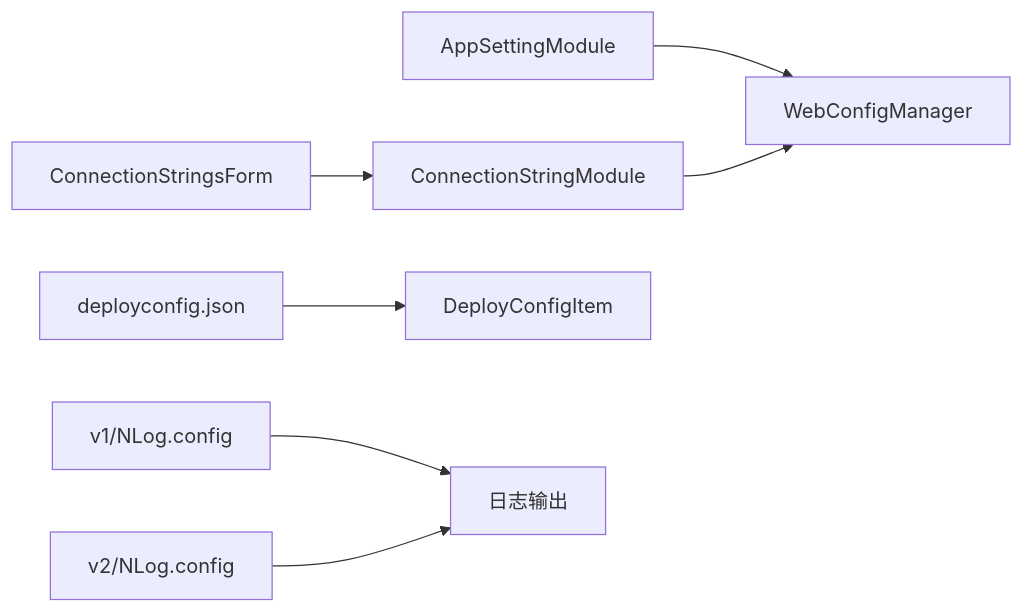
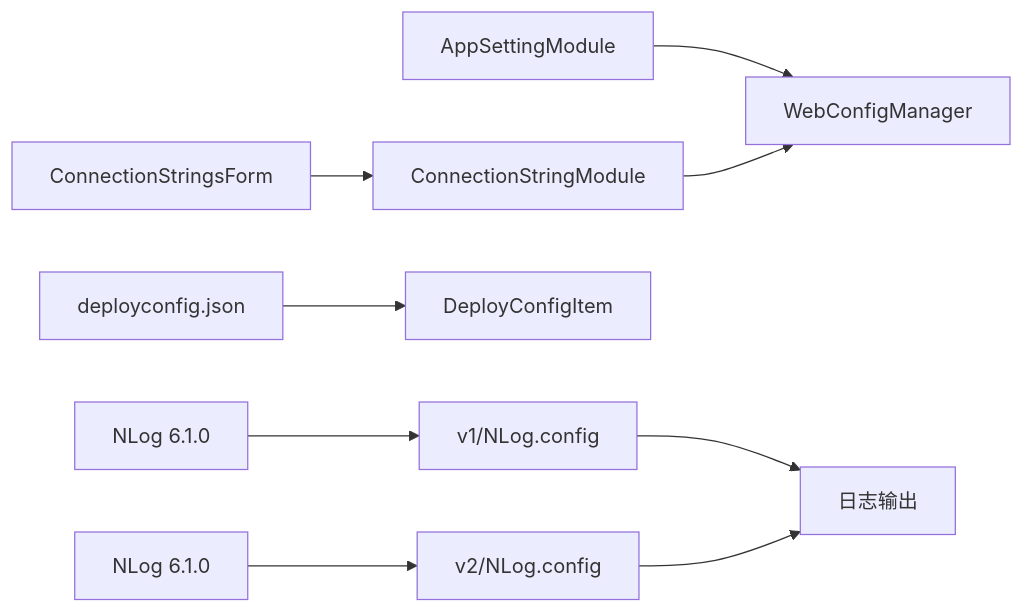
The fifth of 5 diagrams in .qoder/repowiki/zh/content/配置管理.md (db300/IISMonitor), drawn with Mermaid before and after one commit. The commit also changed other lines of this file and 5 other files, not shown here.

````diff
--- a/.qoder/repowiki/zh/content/配置管理.md
+++ b/.qoder/repowiki/zh/content/配置管理.md
@@ -281,9 +304,11 @@
 ```mermaid
 graph LR
 DAppSet["AppSettingModule"] --> WCM["WebConfigManager"]
 DConn["ConnectionStringModule"] --> WCM
 DConnDlg["ConnectionStringsForm"] --> DConn
 DJson["deployconfig.json"] --> DItem["DeployConfigItem"]
 V1NLog["v1/NLog.config"] --> Logs["日志输出"]
 V2NLog["v2/NLog.config"] --> Logs
+V1NLogVer["NLog 6.1.0"] --> V1NLog
+V2NLogVer["NLog 6.1.0"] --> V2NLog
 ```
````
